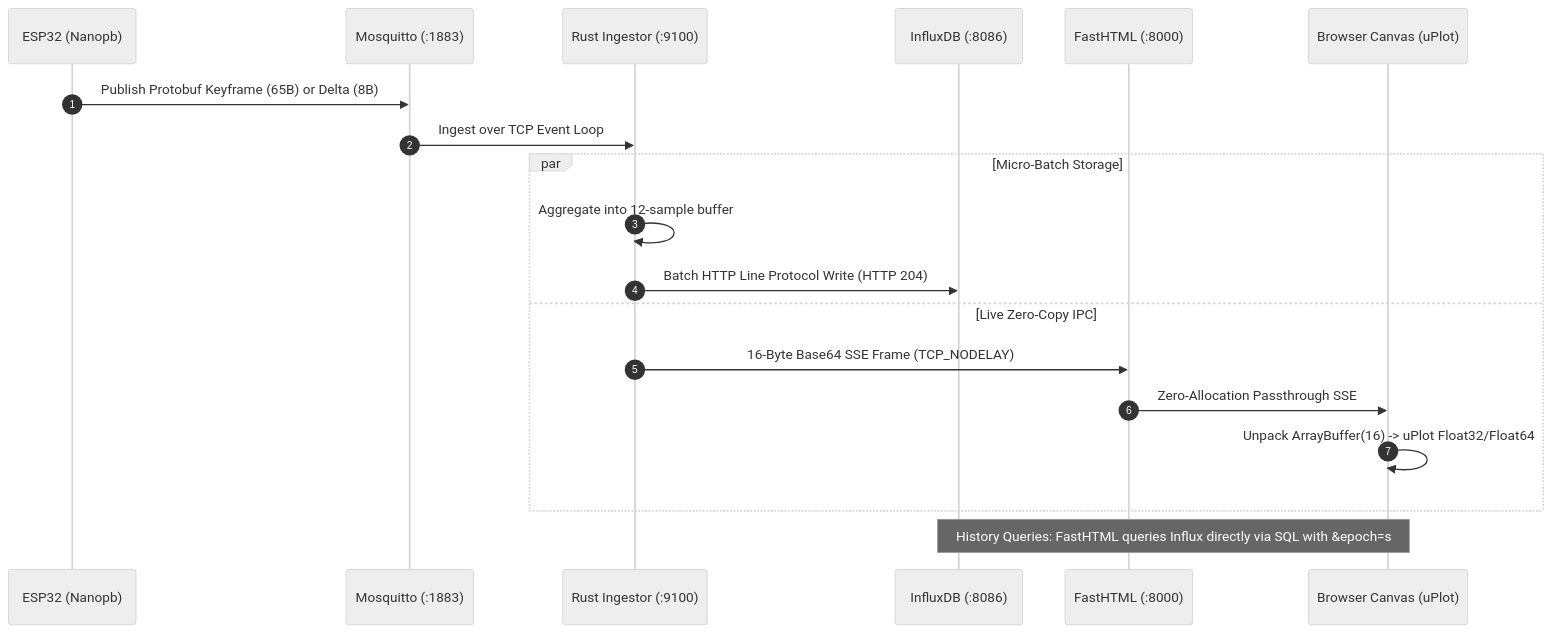
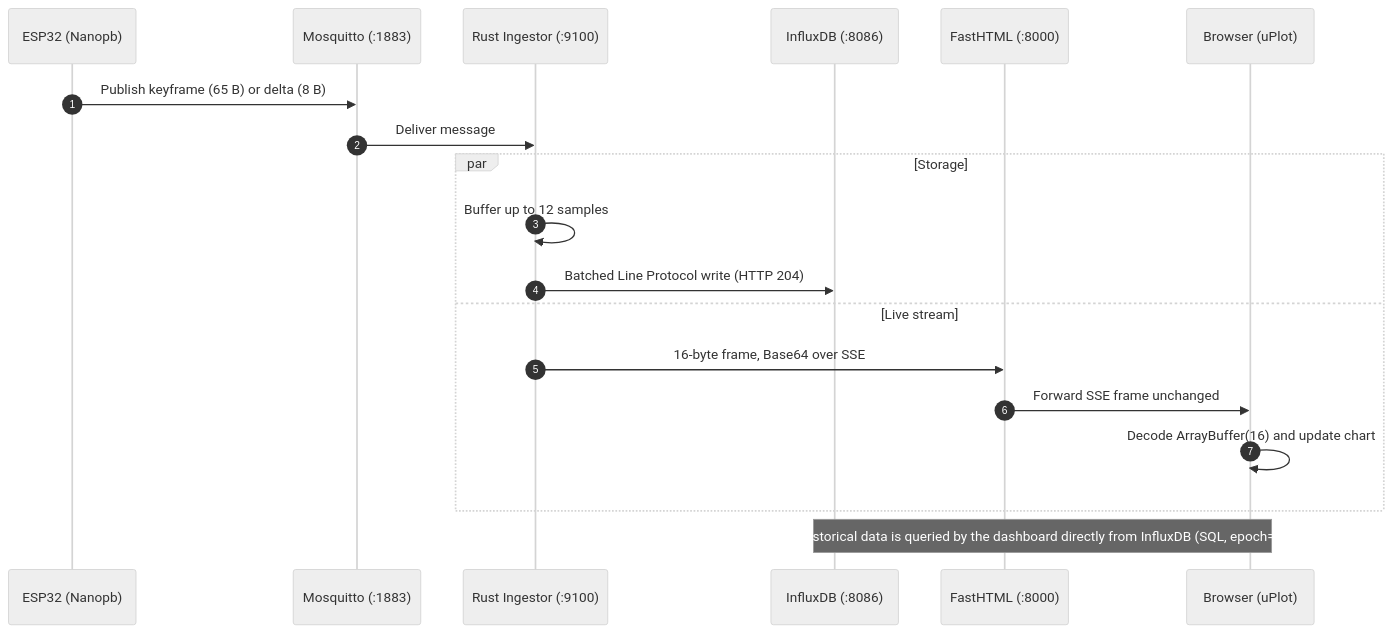
One commit to fl00/iot-airquality-platform changed the diagram in README.md. Above: the diagram before and after it, drawn with Mermaid (neutral theme). The commit also changed other lines of this file, not shown here.

````diff
--- a/README.md
+++ b/README.md
@@ -54,22 +60,22 @@
 ```mermaid
 sequenceDiagram
     autonumber
     participant ESP as ESP32 (Nanopb)
     participant MQTT as Mosquitto (:1883)
     participant Ingest as Rust Ingestor (:9100)
     participant Influx as InfluxDB (:8086)
     participant Dashboard as FastHTML (:8000)
-    participant Browser as Browser Canvas (uPlot)
+    participant Browser as Browser (uPlot)
 
-    ESP->>MQTT: Publish Protobuf Keyframe (65B) or Delta (8B)
-    MQTT->>Ingest: Ingest over TCP Event Loop
-    par Micro-Batch Storage
-        Ingest->>Ingest: Aggregate into 12-sample buffer
-        Ingest->>Influx: Batch HTTP Line Protocol Write (HTTP 204)
-    and Live Zero-Copy IPC
-        Ingest->>Dashboard: 16-Byte Base64 SSE Frame (TCP_NODELAY)
-        Dashboard->>Browser: Zero-Allocation Passthrough SSE
-        Browser->>Browser: Unpack ArrayBuffer(16) -> uPlot Float32/Float64
+    ESP->>MQTT: Publish keyframe (65 B) or delta (8 B)
+    MQTT->>Ingest: Deliver message
+    par Storage
+        Ingest->>Ingest: Buffer up to 12 samples
+        Ingest->>Influx: Batched Line Protocol write (HTTP 204)
+    and Live stream
+        Ingest->>Dashboard: 16-byte frame, Base64 over SSE
+        Dashboard->>Browser: Forward SSE frame unchanged
+        Browser->>Browser: Decode ArrayBuffer(16) and update chart
     end
-    Note over Browser,Influx: History Queries: FastHTML queries Influx directly via SQL with &epoch=s
+    Note over Browser,Influx: Historical data is queried by the dashboard directly from InfluxDB (SQL, epoch=s)
 ```
````
